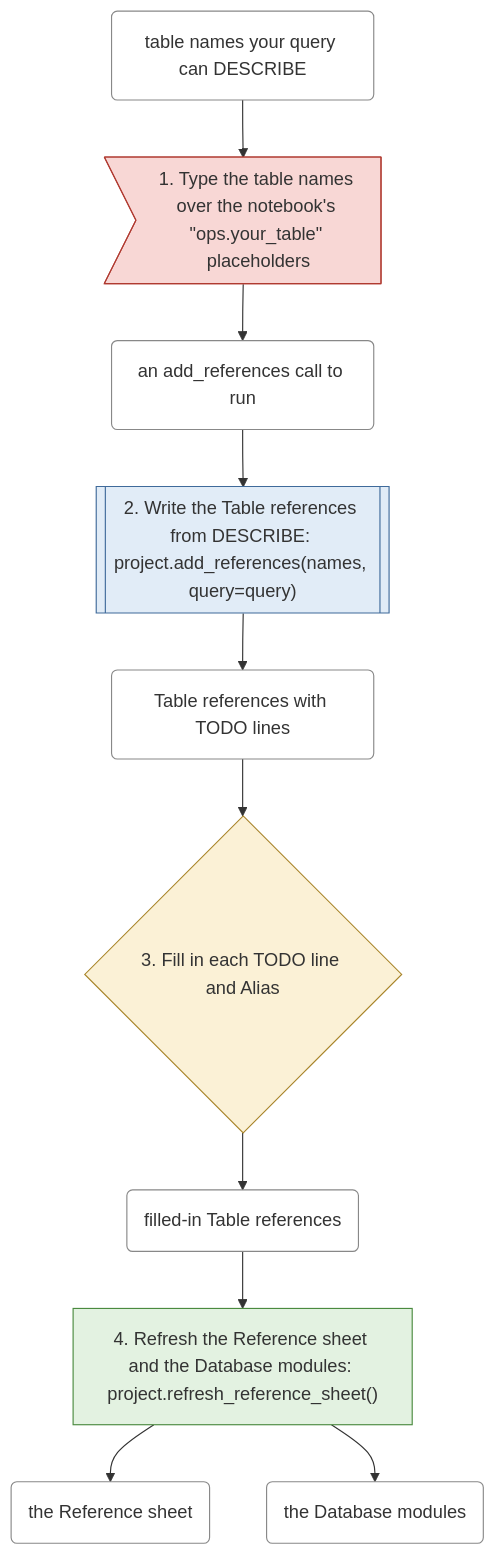
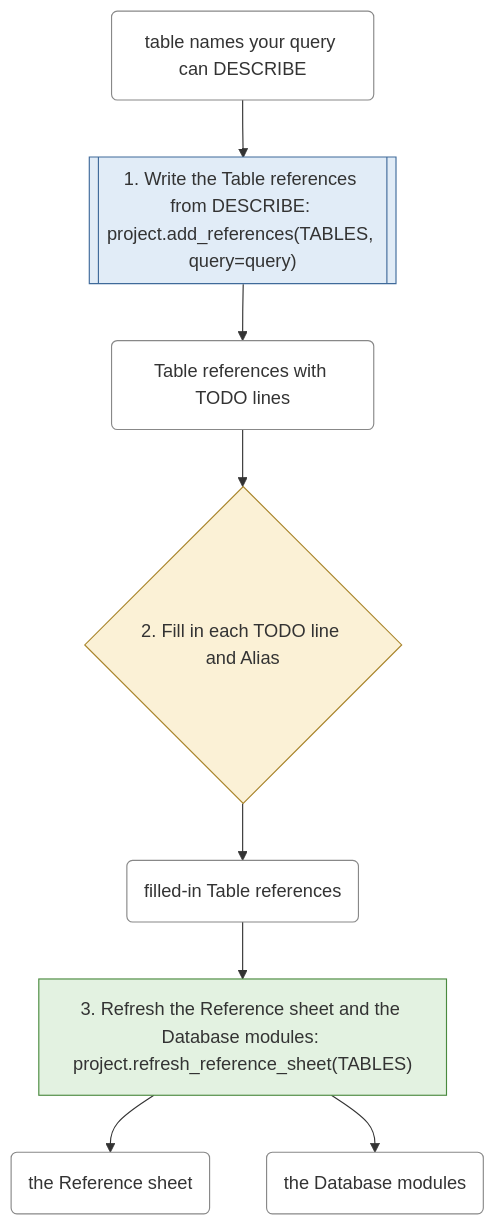
One commit to EdgyPage/SQL-Composer changed the fourth of 6 diagrams in docs/workflows.md. Above: the diagram before and after it, drawn with Mermaid. The commit also changed other lines of this file and 182 other files, not shown here.

````diff
--- a/docs/workflows.md
+++ b/docs/workflows.md
@@ -276,37 +258,31 @@
 ```mermaid
 flowchart TD
-    s0>"1. Type the table names over the notebook's #quot;ops.your_table#quot; placeholders"]
-    class s0 fiddling
+    s0[["1. Write the Table references from DESCRIBE: project.add_references(TABLES, query=query)"]]
+    class s0 permission
     t0 --> s0
     s0 --> t1
-    s1[["2. Write the Table references from DESCRIBE: project.add_references(names, query=query)"]]
-    class s1 permission
+    s1{"2. Fill in each TODO line and Alias"}
+    class s1 decision
     t1 --> s1
     s1 --> t2
-    s2{"3. Fill in each TODO line and Alias"}
-    class s2 decision
+    s2["3. Refresh the Reference sheet and the Database modules: project.refresh_reference_sheet(TABLES)"]
+    class s2 file
     t2 --> s2
     s2 --> t3
-    s3["4. Refresh the Reference sheet and the Database modules: project.refresh_reference_sheet()"]
-    class s3 file
-    t3 --> s3
-    s3 --> t4
-    s3 --> t5
+    s2 --> t4
     t0("table names your query can DESCRIBE")
     class t0 thing
-    t1("an add_references call to run")
+    t1("Table references with TODO lines")
     class t1 thing
-    t2("Table references with TODO lines")
+    t2("filled-in Table references")
     class t2 thing
-    t3("filled-in Table references")
+    t3("the Reference sheet")
     class t3 thing
-    t4("the Reference sheet")
+    t4("the Database modules")
     class t4 thing
-    t5("the Database modules")
-    class t5 thing
     classDef file fill:#e3f2e1,stroke:#4a8a3f
     classDef permission fill:#e1ecf7,stroke:#3f6a9a
     classDef decision fill:#fbf1d6,stroke:#a8842a
     classDef fiddling fill:#f8d7d5,stroke:#b03a30
     classDef thing fill:#ffffff,stroke:#888888
 ```
````
